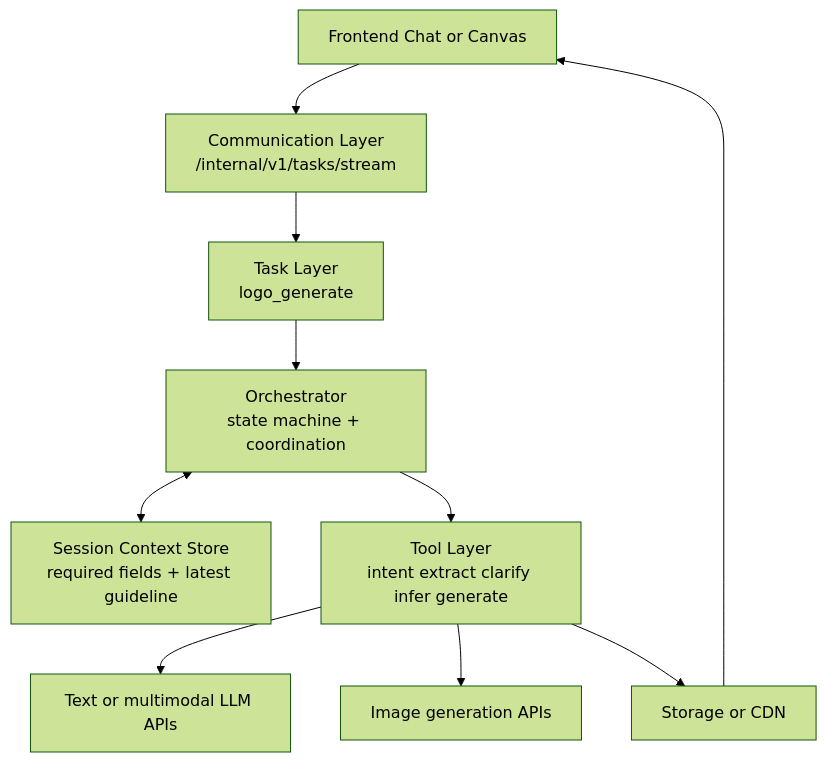
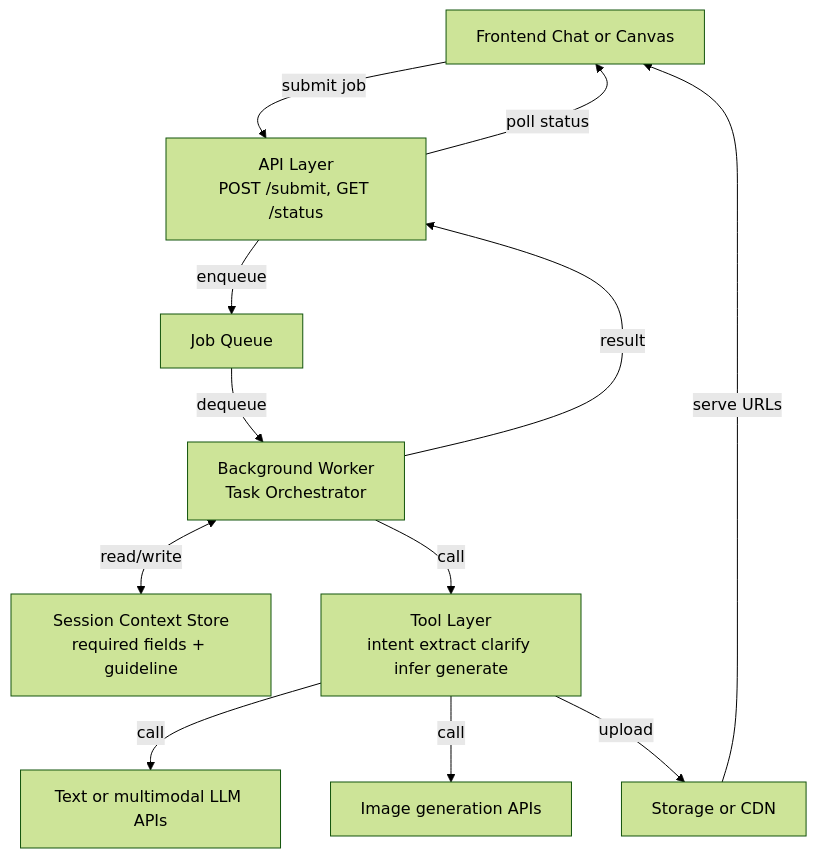
The second of 3 diagrams in tech.md (Ne4nf/Agent-Memory), drawn with Mermaid (forest theme) before and after one commit. The commit also changed other lines of this file, not shown here.

````diff
--- a/tech.md
+++ b/tech.md
@@ -100,22 +105,24 @@
 ```mermaid
 graph TB
     FE[Frontend Chat or Canvas]
-    API[Communication Layer\n/internal/v1/tasks/stream]
-    TASK[Task Layer\nlogo_generate]
-    ORCH[Orchestrator\nstate machine + coordination]
-    CTX[Session Context Store\nrequired fields + latest guideline]
-    TOOLS[Tool Layer\nintent extract clarify infer generate]
-    LLM[Text or multimodal LLM APIs]
-    IMG[Image generation APIs]
-    STO[Storage or CDN]
+    API["API Layer\nPOST /submit, GET /status"]
+    QUEUE[Job Queue]
+    WORKER[Background Worker\nTask Orchestrator]
+    CTX["Session Context Store\nrequired fields + guideline"]
+    TOOLBOX["Tool Layer\nintent extract clarify infer generate"]
+    LLM["Text or multimodal LLM APIs"]
+    IMG["Image generation APIs"]
+    STO["Storage or CDN"]
 
-    FE --> API
-    API --> TASK
-    TASK --> ORCH
-    ORCH <--> CTX
-    ORCH --> TOOLS
-    TOOLS --> LLM
-    TOOLS --> IMG
-    TOOLS --> STO
-    STO --> FE
+    FE -->|submit job| API
+    API -->|enqueue| QUEUE
+    QUEUE -->|dequeue| WORKER
+    WORKER <-->|read/write| CTX
+    WORKER -->|call| TOOLBOX
+    TOOLBOX -->|call| LLM
+    TOOLBOX -->|call| IMG
+    TOOLBOX -->|upload| STO
+    WORKER -->|result| API
+    API -->|poll status| FE
+    STO -->|serve URLs| FE
 ```
````
